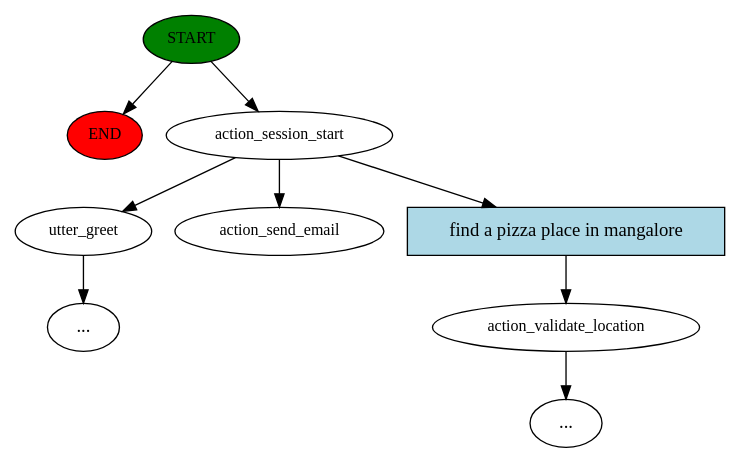
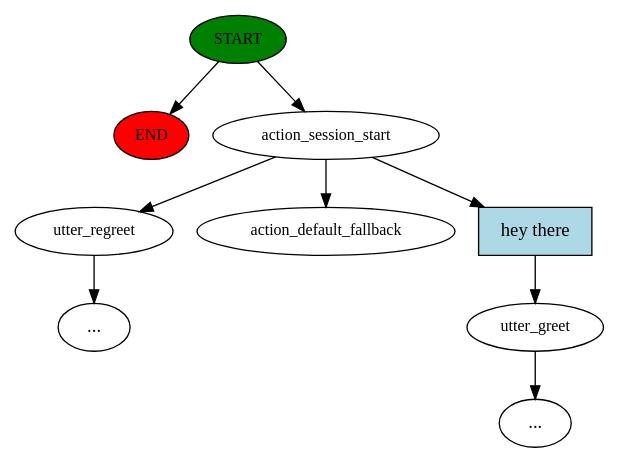
The diagram in story_graph.dot (n-sundar/Foodie-Chatbot), drawn with Graphviz before and after one commit. The commit also changed 10 other files, not shown here.

```diff
--- a/story_graph.dot
+++ b/story_graph.dot
@@ -1,19 +1,19 @@
 digraph  {
 0 [class="start active", fillcolor=green, fontsize=12, label=START, style=filled];
 "-1" [class=end, fillcolor=red, fontsize=12, label=END, style=filled];
 1 [class=active, fontsize=12, label=action_session_start];
-2 [class="", fontsize=12, label=action_validate_location];
+2 [class="", fontsize=12, label=utter_greet];
 "-3" [class=ellipsis, label="..."];
-4 [class="", fontsize=12, label=utter_greet];
+4 [class="", fontsize=12, label=utter_regreet];
 "-5" [class=ellipsis, label="..."];
-8 [class="dashed active", fontsize=12, label=action_send_email];
-9 [class=intent, fillcolor=lightblue, label="find a pizza place in mangalore", shape=rect, style=filled];
+8 [class="dashed active", fontsize=12, label=action_default_fallback];
+9 [class=intent, fillcolor=lightblue, label="hey there", shape=rect, style=filled];
 0 -> "-1"  [class="", key=NONE, label=""];
 0 -> 1  [class=active, key=NONE, label=""];
 1 -> 4  [class="", key=NONE, label=""];
 1 -> 8  [class=active, key=NONE, label=""];
 1 -> 9  [class="", key=0];
 2 -> "-3"  [class="", key=NONE, label=""];
 4 -> "-5"  [class="", key=NONE, label=""];
 9 -> 2  [class="", key=0];
 }
```
